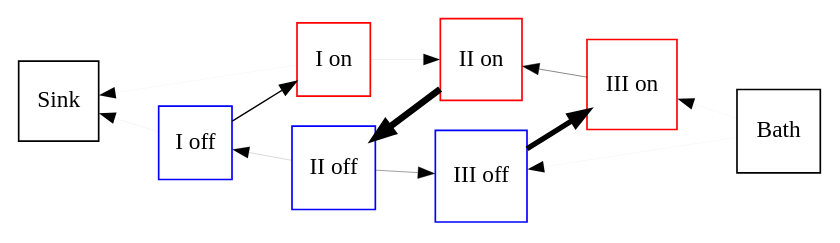
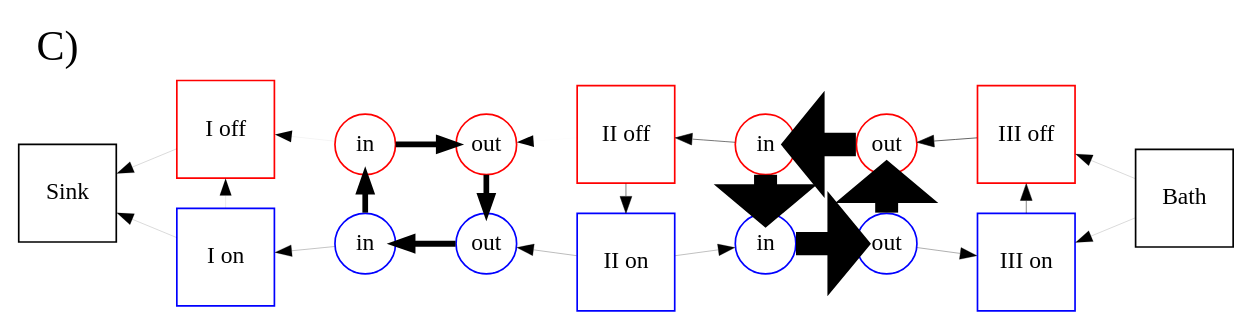
The diagram in Results/flow_diagramms/flowchart.dot (jakobkolb/Master-Thesis), drawn with Graphviz before and after one commit. The commit also changed 12 other files, not shown here.

Commit message:
updated flowcharts

```diff
--- a/Results/flow_diagramms/flowchart.dot
+++ b/Results/flow_diagramms/flowchart.dot
@@ -1,25 +1,124 @@
 strict digraph  {
-	graph [rankdir=RL];
-	node [shape=square];
-	"I on"	 [color=red];
-	"I off"	 [color=blue];
-	"I on" -> "I off"	 [dir=back,
-		penwidth="0.793935015651"];
-	"I on" -> Sink	 [penwidth="0.0182780707344"];
-	"II on"	 [color=red];
-	"II off"	 [color=blue];
-	"II on" -> "II off"	 [penwidth="4.0"];
-	"II on" -> "I on"	 [dir=back,
-		penwidth="0.044585226725"];
-	"III on"	 [color=red];
-	"III off"	 [color=blue];
-	"III on" -> "III off"	 [dir=back,
-		penwidth="3.20606498381"];
-	"III on" -> "II on"	 [penwidth="0.281267460644"];
-	"I off" -> Sink	 [penwidth="0.0283313541517"];
-	"II off" -> "I off"	 [penwidth="0.0911946516111"];
-	"III off" -> "II off"	 [dir=back,
-		penwidth="0.234658035758"];
-	Bath -> "III on"	 [penwidth="0.0229939213778"];
-	Bath -> "III off"	 [penwidth="0.0236155035083"];
+	graph [fontsize=25,
+		label="C)",
+		labeljust=left,
+		labelloc=top,
+		margin="0.1",
+		rankdir=RL
+	];
+	node [fixedsize=true,
+		label="\N",
+		shape=square,
+		width="0.8"
+	];
+	{
+		graph [rank=same];
+		BIi1		 [color=blue,
+			label=in,
+			shape=circle,
+			width="0.5"];
+		BIi0		 [color=red,
+			label=in,
+			shape=circle,
+			width="0.5"];
+	}
+	{
+		graph [rank=same];
+		BIo1		 [color=blue,
+			label=out,
+			shape=circle,
+			width="0.5"];
+		BIo0		 [color=red,
+			label=out,
+			shape=circle,
+			width="0.5"];
+	}
+	{
+		graph [rank=same];
+		BIIi1		 [color=blue,
+			label=in,
+			shape=circle,
+			width="0.5"];
+		BIIi0		 [color=red,
+			label=in,
+			shape=circle,
+			width="0.5"];
+	}
+	{
+		graph [rank=same];
+		BIIo1		 [color=blue,
+			label=out,
+			shape=circle,
+			width="0.5"];
+		BIIo0		 [color=red,
+			label=out,
+			shape=circle,
+			width="0.5"];
+	}
+	{
+		graph [rank=same];
+		"I on"		 [color=blue];
+		"I off"		 [color=red];
+	}
+	{
+		graph [rank=same];
+		"II on"		 [color=blue];
+		"II off"		 [color=red];
+	}
+	{
+		graph [rank=same];
+		"III on"		 [color=blue];
+		"III off"		 [color=red];
+	}
+	subgraph cluster_BI {
+		graph [color=grey,
+			label="Inner Barrier Border",
+			style=filled
+		];
+		BIi1;
+		BIi0;
+		BIi0 -> BIi1		 [dir=back,
+			penwidth="3.39368426301"];
+		BIo1;
+		BIo1 -> BIi1		 [penwidth="3.53092260963"];
+		BIo0;
+		BIo0 -> BIi0		 [dir=back,
+			penwidth="3.36071858676"];
+		BIo0 -> BIo1		 [penwidth="3.37261119045"];
+	}
+	subgraph cluster_BII {
+		graph [color=grey,
+			label="Outer Barrier Border",
+			style=filled
+		];
+		BIIi1;
+		BIIi0;
+		BIIi0 -> BIIi1		 [penwidth="13.6837463075"];
+		BIIo1;
+		BIIo1 -> BIIi1		 [dir=back,
+			penwidth="13.8297959771"];
+		BIIo0;
+		BIIo0 -> BIIi0		 [penwidth="14.0"];
+		BIIo0 -> BIIo1		 [dir=back,
+			penwidth="13.6373834977"];
+	}
+	"III on" -> BIIo1	 [dir=back,
+		penwidth="0.192412479454"];
+	"II on" -> BIo1	 [penwidth="0.158311419181"];
+	"I on" -> Sink	 [penwidth="0.0851020139027"];
+	"III off" -> "III on"	 [dir=back,
+		penwidth="0.277514507282"];
+	"III off" -> BIIo0	 [penwidth="0.362616502318"];
+	"II off" -> "II on"	 [penwidth="0.304361088812"];
+	"II off" -> BIo0	 [penwidth="0.0118926036834"];
+	"I off" -> "I on"	 [dir=back,
+		penwidth="0.0521363327161"];
+	"I off" -> Sink	 [penwidth="0.0851020089619"];
+	Bath -> "III on"	 [penwidth="0.0851020114323"];
+	Bath -> "III off"	 [penwidth="0.0851020114323"];
+	BIi1 -> "I on"	 [penwidth="0.137238346619"];
+	BIi0 -> "I off"	 [penwidth="0.0329656762459"];
+	BIIi1 -> "II on"	 [dir=back,
+		penwidth="0.146049669631"];
+	BIIi0 -> "II off"	 [penwidth="0.316253692496"];
 }
```
